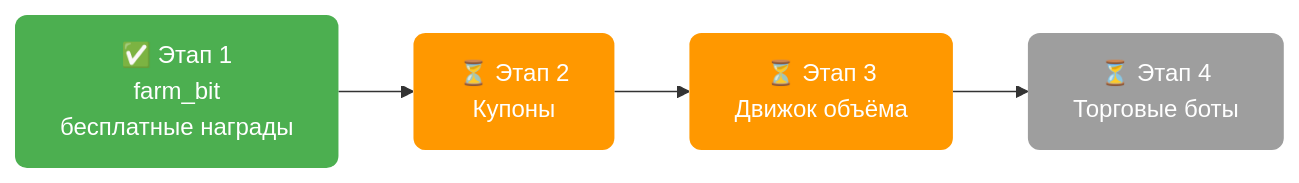
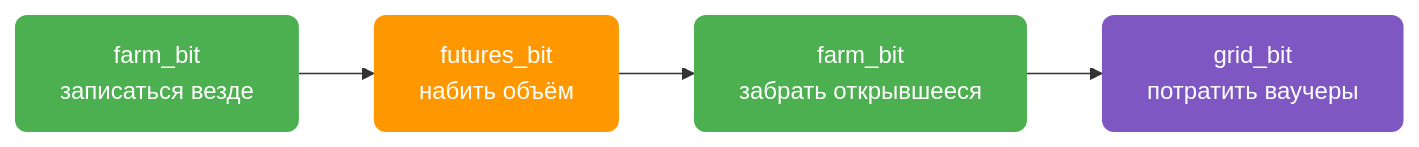
The second of 3 diagrams in src/content/docs/exchanges/bitget-autopilot/farm-progress.md (AutoPilotSoftware/docs), drawn with Mermaid before and after one commit. The commit also changed other lines of this file, not shown here.

First line of the commit message:
docs(bitget): farm-progress covers all three actions

````diff
--- a/src/content/docs/exchanges/bitget-autopilot/farm-progress.md
+++ b/src/content/docs/exchanges/bitget-autopilot/farm-progress.md
@@ -257,10 +315,10 @@
 ```mermaid
 flowchart LR
-    A["✅ Этап 1<br/>farm_bit<br/>бесплатные награды"] --> B["⏳ Этап 2<br/>Купоны"]
-    B --> C["⏳ Этап 3<br/>Движок объёма"]
-    C --> D["⏳ Этап 4<br/>Торговые боты"]
+    A["farm_bit<br/>записаться везде"] --> B["futures_bit<br/>набить объём"]
+    B --> C["farm_bit<br/>забрать открывшееся"]
+    C --> D["grid_bit<br/>потратить ваучеры"]
     style A fill:#4CAF50,color:#fff,stroke:none,rx:8
     style B fill:#FF9800,color:#fff,stroke:none,rx:8
-    style C fill:#FF9800,color:#fff,stroke:none,rx:8
-    style D fill:#9E9E9E,color:#fff,stroke:none,rx:8
+    style C fill:#4CAF50,color:#fff,stroke:none,rx:8
+    style D fill:#7E57C2,color:#fff,stroke:none,rx:8
 ```
````
